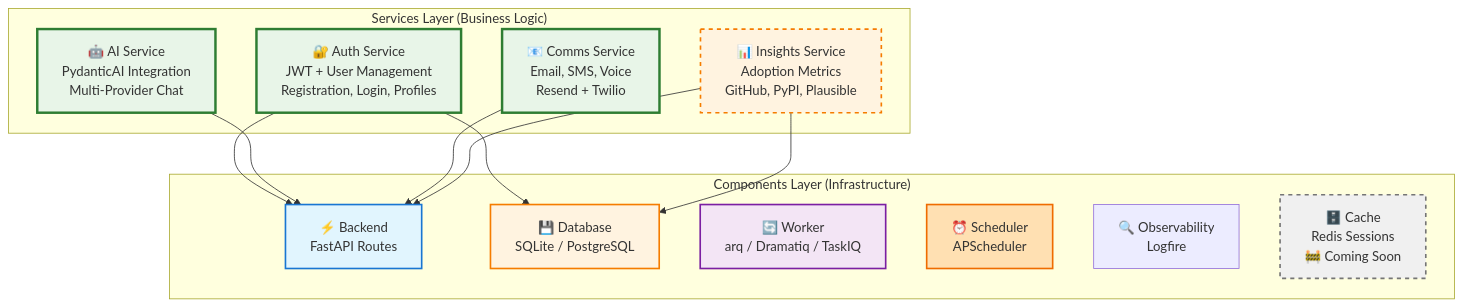
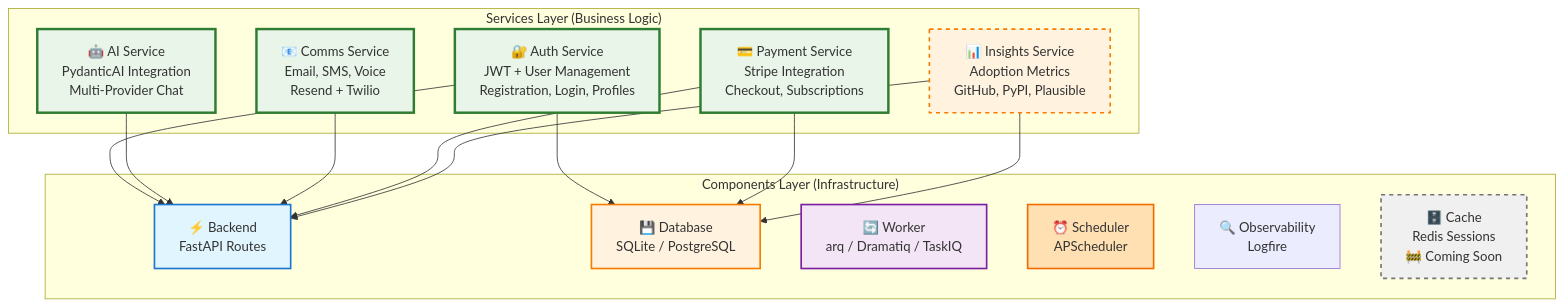
The first of 4 diagrams in docs/services/index.md (bhardwajRahul/aegis-stack), drawn with Mermaid before and after one commit. The commit also changed other lines of this file and 141 other files, not shown here.

````diff
--- a/docs/services/index.md
+++ b/docs/services/index.md
@@ -11,35 +11,39 @@
 ```mermaid
 graph TB
     subgraph "Services Layer (Business Logic)"
         Auth[🔐 Auth Service<br/>JWT + User Management<br/>Registration, Login, Profiles]
         AI[🤖 AI Service<br/>PydanticAI Integration<br/>Multi-Provider Chat]
         Comms[📧 Comms Service<br/>Email, SMS, Voice<br/>Resend + Twilio]
+        Payment[💳 Payment Service<br/>Stripe Integration<br/>Checkout, Subscriptions]
         Insights[📊 Insights Service<br/>Adoption Metrics<br/>GitHub, PyPI, Plausible]
     end
 
     subgraph "Components Layer (Infrastructure)"
         Backend[⚡ Backend<br/>FastAPI Routes]
         Database[💾 Database<br/>SQLite / PostgreSQL]
         Worker[🔄 Worker<br/>arq / Dramatiq / TaskIQ]
         Scheduler[⏰ Scheduler<br/>APScheduler]
         Observability[🔍 Observability<br/>Logfire]
         Cache[🗄️ Cache<br/>Redis Sessions<br/>🚧 Coming Soon]
     end
 
     Auth --> Backend
     Auth --> Database
     AI --> Backend
     Comms --> Backend
+    Payment --> Backend
+    Payment --> Database
     Insights --> Backend
     Insights --> Database
 
     style Auth fill:#e8f5e8,stroke:#2e7d32,stroke-width:3px
     style AI fill:#e8f5e8,stroke:#2e7d32,stroke-width:3px
+    style Comms fill:#e8f5e8,stroke:#2e7d32,stroke-width:3px
+    style Payment fill:#e8f5e8,stroke:#2e7d32,stroke-width:3px
     style Insights fill:#fff3e0,stroke:#f57c00,stroke-width:2px,stroke-dasharray: 5 5
-    style Comms fill:#e8f5e8,stroke:#2e7d32,stroke-width:3px
     style Backend fill:#e1f5fe,stroke:#1976d2,stroke-width:2px
     style Database fill:#fff3e0,stroke:#f57c00,stroke-width:2px
     style Worker fill:#f3e5f5,stroke:#7b1fa2,stroke-width:2px
     style Scheduler fill:#ffe0b2,stroke:#ef6c00,stroke-width:2px
     style Cache fill:#f0f0f0,stroke:#757575,stroke-width:2px,stroke-dasharray: 5 5
 ```
````
